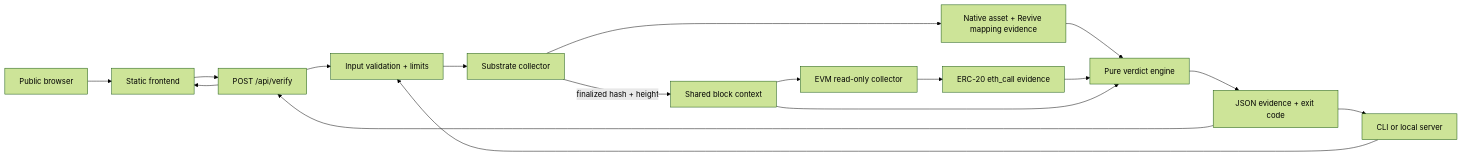
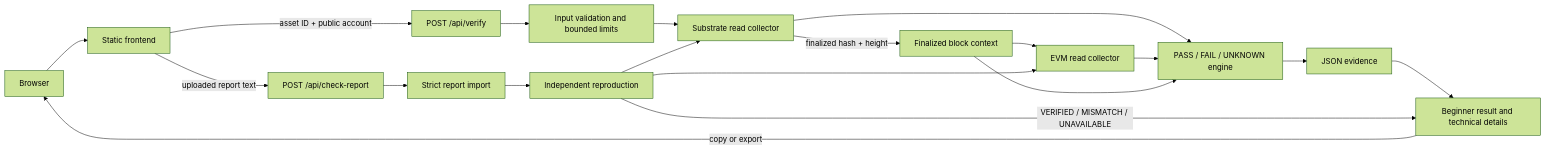
Before and after one commit to YakiUdoph/Firma: the diagram in portaldot-investigation/docs/ARCHITECTURE.md, drawn with Mermaid (forest theme). The commit also changed other lines of this file and 23 other files, not shown here.

````diff
--- a/portaldot-investigation/docs/ARCHITECTURE.md
+++ b/portaldot-investigation/docs/ARCHITECTURE.md
@@ -3,19 +5,36 @@
 ```mermaid
 flowchart LR
-    B[Public browser] --> F[Static frontend]
-    F --> A[POST /api/verify]
-    A --> V[Input validation + limits]
-    U[CLI or local server] --> V
-    V --> S[Substrate collector]
-    S -->|finalized hash + height| C[Shared block context]
-    C --> E[EVM read-only collector]
-    S --> N[Native asset + Revive mapping evidence]
-    E --> R[ERC-20 eth_call evidence]
-    N --> P[Pure verdict engine]
-    R --> P
+    B[Browser]
+    F[Static frontend]
+    VA[POST /api/verify]
+    RA[POST /api/check-report]
+    V[Input validation and bounded limits]
+    I[Strict report import]
+    S[Substrate read collector]
+    E[EVM read collector]
+    C[Finalized block context]
+    P[PASS / FAIL / UNKNOWN engine]
+    R[Independent reproduction]
+    J[JSON evidence]
+    UI[Beginner result and technical details]
+
+    B --> F
+    F -->|asset ID + public account| VA
+    VA --> V
+    V --> S
+    S -->|finalized hash + height| C
+    C --> E
+    S --> P
+    E --> P
     C --> P
-    P --> J[JSON evidence + exit code]
-    J --> U
-    J --> A
-    A --> F
+    P --> J
+    J --> UI
+    UI -->|copy or export| B
+
+    F -->|uploaded report text| RA
+    RA --> I
+    I --> R
+    R --> S
+    R --> E
+    R -->|VERIFIED / MISMATCH / UNAVAILABLE| UI
 ```
````
